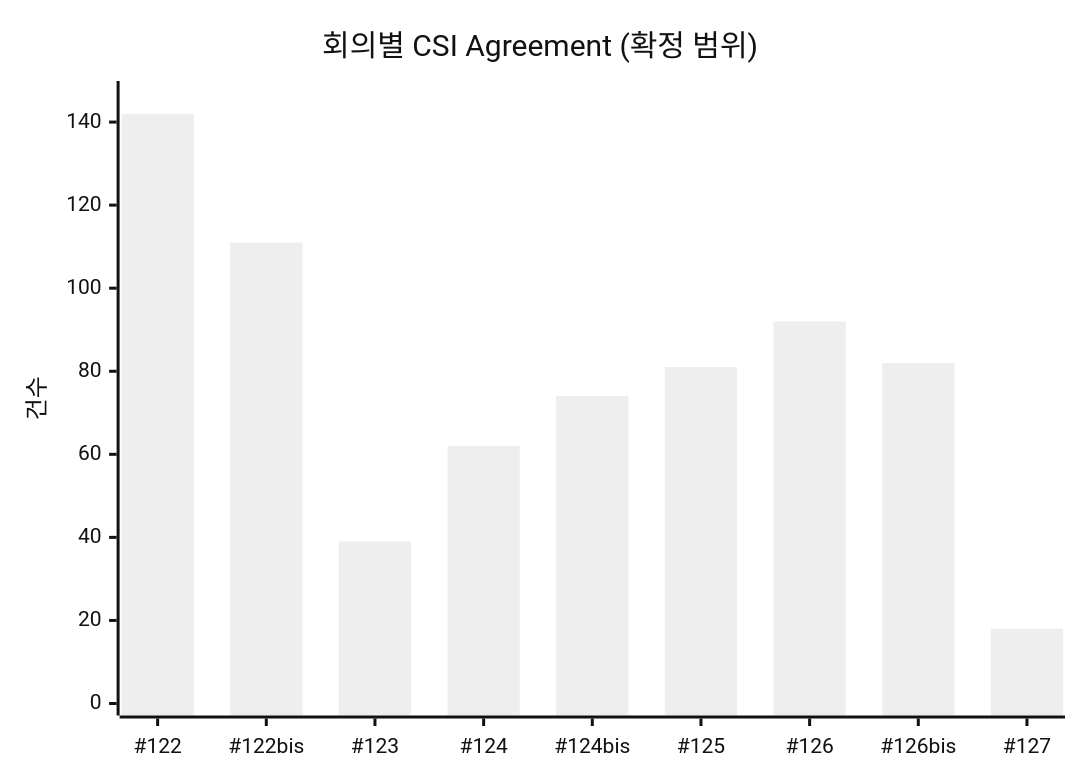
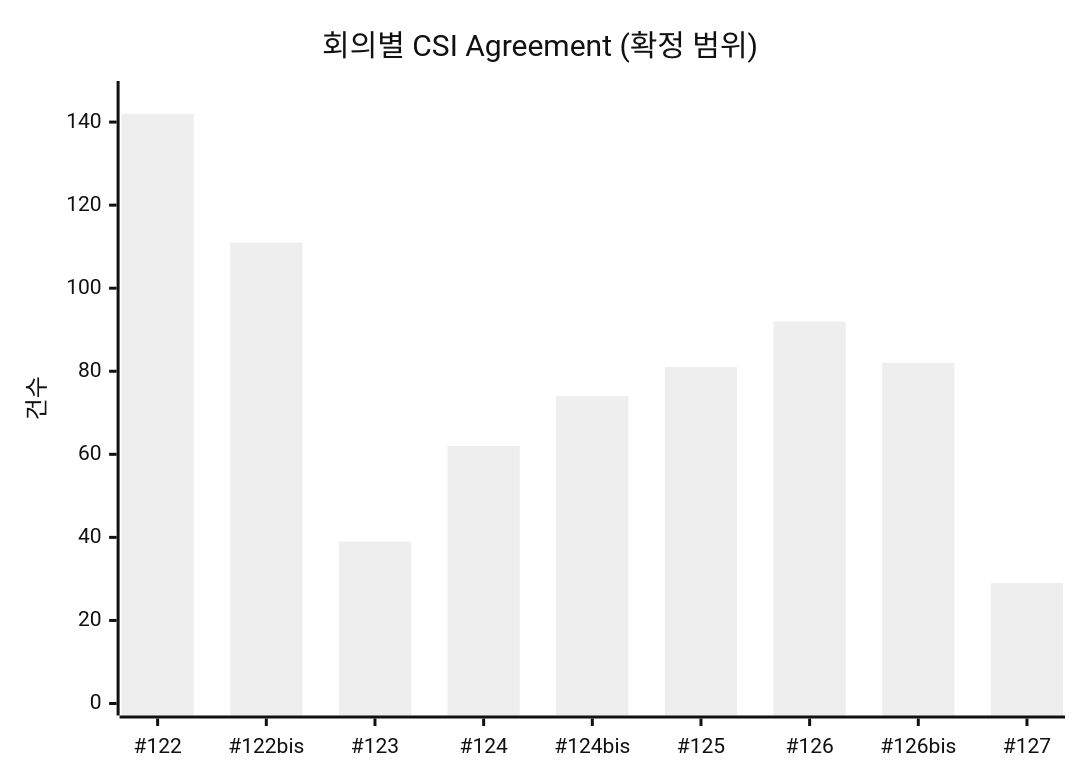
The diagram in reports/README.md (jgunmoon/RAN1-CSI-Dashboard), drawn with Mermaid (neutral theme) before and after one commit. The commit also changed other lines of this file and 9 other files, not shown here.

````diff
--- a/reports/README.md
+++ b/reports/README.md
@@ -55,7 +55,7 @@
 ```mermaid
 xychart-beta
     title "회의별 CSI Agreement (확정 범위)"
     x-axis ["#122", "#122bis", "#123", "#124", "#124bis", "#125", "#126", "#126bis", "#127"]
     y-axis "건수" 0 --> 147
-    bar [142, 111, 39, 62, 74, 81, 92, 82, 18]
+    bar [142, 111, 39, 62, 74, 81, 92, 82, 29]
 ```
````
